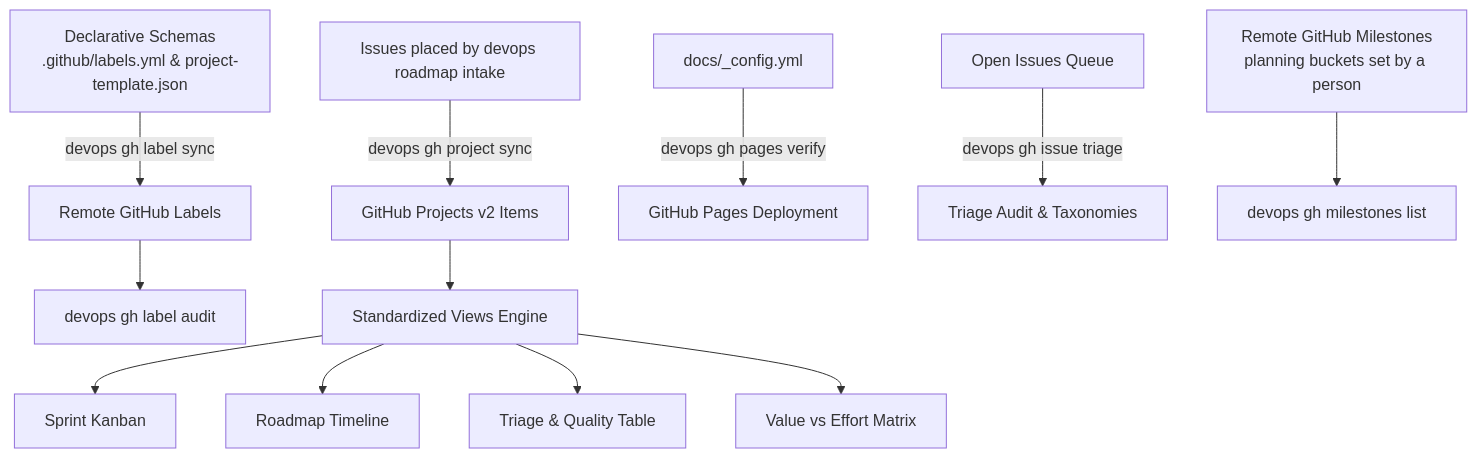
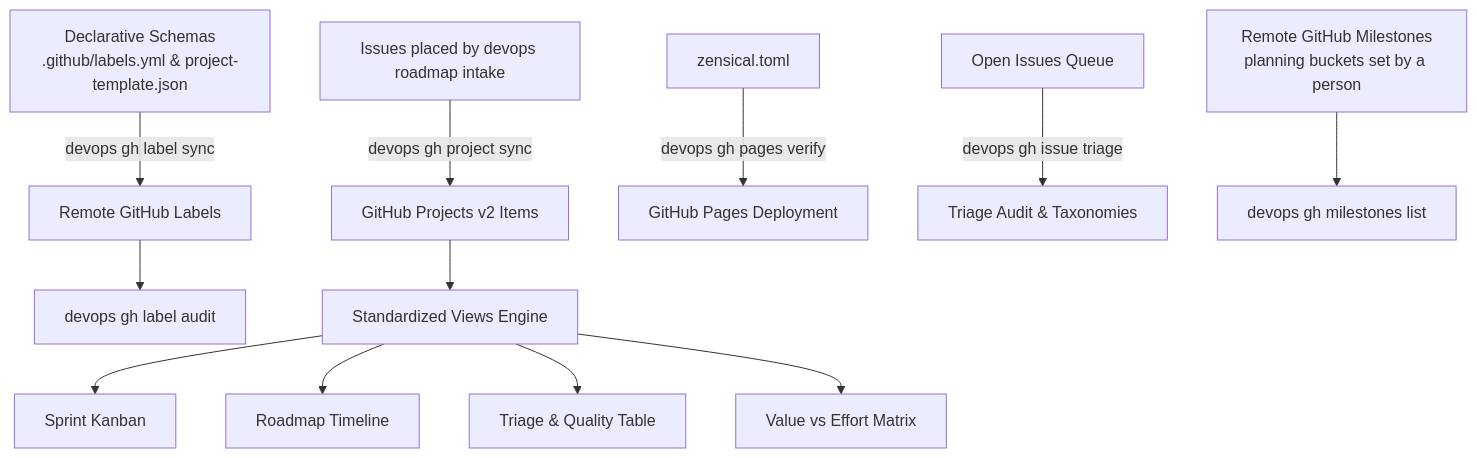
One commit to dan-petty/devops-cli changed the diagram in src/devops_cli/ai/knowledge_base/devops_cli/tasks/github_project_management.md. Above: the diagram before and after it, drawn with Mermaid. The commit also changed other lines of this file and 47 other files, not shown here.

````diff
--- a/src/devops_cli/ai/knowledge_base/devops_cli/tasks/github_project_management.md
+++ b/src/devops_cli/ai/knowledge_base/devops_cli/tasks/github_project_management.md
@@ -17,14 +17,14 @@
 ```mermaid
 graph TD
     A[Declarative Schemas<br/>.github/labels.yml & project-template.json] -->|devops gh label sync| B[Remote GitHub Labels]
     E[Issues placed by devops roadmap intake] -->|devops gh project sync| F[GitHub Projects v2 Items]
-    G[docs/_config.yml] -->|devops gh pages verify| H[GitHub Pages Deployment]
+    G[zensical.toml] -->|devops gh pages verify| H[GitHub Pages Deployment]
     I[Open Issues Queue] -->|devops gh issue triage| J[Triage Audit & Taxonomies]
     B --> K[devops gh label audit]
     D[Remote GitHub Milestones<br/>planning buckets set by a person] --> L[devops gh milestones list]
     F --> M[Standardized Views Engine]
     M --> N[Sprint Kanban]
     M --> O[Roadmap Timeline]
     M --> P[Triage & Quality Table]
     M --> Q[Value vs Effort Matrix]
 ```
````
